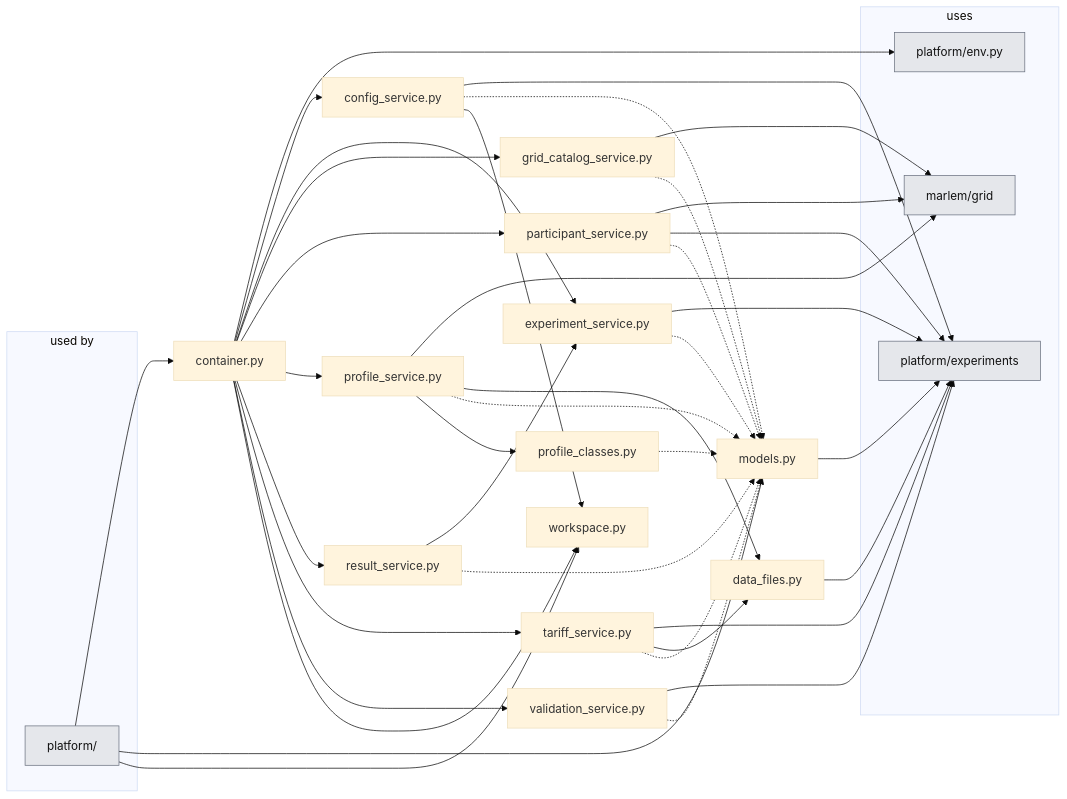
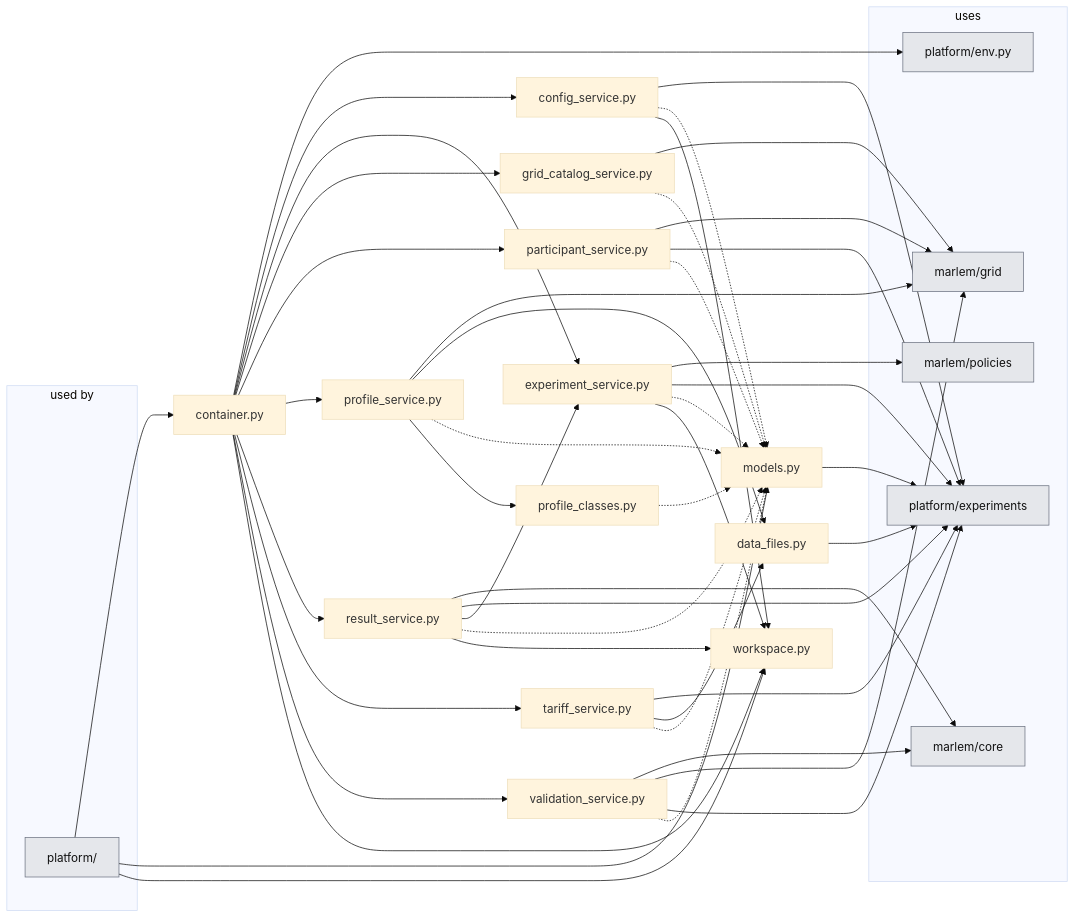
The second of 2 diagrams in docs_thesis/thesis/architecture/04-application-layer.md (KevinRapo/P2P-thesis), drawn with Mermaid (base theme) before and after one commit. The commit also changed 13 other files, not shown here.

Commit message:
feat(services): real experiment, result and validation services for simulation (M8)

````diff
--- a/docs_thesis/thesis/architecture/04-application-layer.md
+++ b/docs_thesis/thesis/architecture/04-application-layer.md
@@ -63,62 +63,71 @@
 ```mermaid
 flowchart LR
   subgraph USERS["used by"]
     n_platform__users_["platform/"]:::ext
   end
   n_platform_services_config_service["config_service.py"]
   n_platform_services_container["container.py"]
   n_platform_services_data_files["data_files.py"]
   n_platform_services_experiment_service["experiment_service.py"]
   n_platform_services_grid_catalog_service["grid_catalog_service.py"]
   n_platform_services_models["models.py"]
   n_platform_services_participant_service["participant_service.py"]
   n_platform_services_profile_classes["profile_classes.py"]
   n_platform_services_profile_service["profile_service.py"]
   n_platform_services_result_service["result_service.py"]
   n_platform_services_tariff_service["tariff_service.py"]
   n_platform_services_validation_service["validation_service.py"]
   n_platform_services_workspace["workspace.py"]
   subgraph USES["uses"]
+    n_marlem_core["marlem/core"]:::ext
     n_marlem_grid["marlem/grid"]:::ext
+    n_marlem_policies["marlem/policies"]:::ext
     n_platform_env["platform/env.py"]:::ext
     n_platform_experiments["platform/experiments"]:::ext
   end
   n_platform__users_ --> n_platform_services_container
   n_platform__users_ --> n_platform_services_models
   n_platform__users_ --> n_platform_services_workspace
   n_platform_services_config_service --> n_platform_experiments
   n_platform_services_config_service -.-> n_platform_services_models
   n_platform_services_config_service --> n_platform_services_workspace
   n_platform_services_container --> n_platform_env
   n_platform_services_container --> n_platform_services_config_service
   n_platform_services_container --> n_platform_services_experiment_service
   n_platform_services_container --> n_platform_services_grid_catalog_service
   n_platform_services_container --> n_platform_services_participant_service
   n_platform_services_container --> n_platform_services_profile_service
   n_platform_services_container --> n_platform_services_result_service
   n_platform_services_container --> n_platform_services_tariff_service
   n_platform_services_container --> n_platform_services_validation_service
   n_platform_services_container --> n_platform_services_workspace
   n_platform_services_data_files --> n_platform_experiments
+  n_platform_services_experiment_service --> n_marlem_policies
   n_platform_services_experiment_service --> n_platform_experiments
   n_platform_services_experiment_service -.-> n_platform_services_models
+  n_platform_services_experiment_service --> n_platform_services_workspace
   n_platform_services_grid_catalog_service --> n_marlem_grid
   n_platform_services_grid_catalog_service -.-> n_platform_services_models
   n_platform_services_models --> n_platform_experiments
   n_platform_services_participant_service --> n_marlem_grid
   n_platform_services_participant_service --> n_platform_experiments
   n_platform_services_participant_service -.-> n_platform_services_models
   n_platform_services_profile_classes -.-> n_platform_services_models
   n_platform_services_profile_service --> n_marlem_grid
   n_platform_services_profile_service --> n_platform_services_data_files
   n_platform_services_profile_service -.-> n_platform_services_models
   n_platform_services_profile_service --> n_platform_services_profile_classes
+  n_platform_services_result_service --> n_marlem_core
+  n_platform_services_result_service --> n_platform_experiments
   n_platform_services_result_service --> n_platform_services_experiment_service
   n_platform_services_result_service -.-> n_platform_services_models
+  n_platform_services_result_service --> n_platform_services_workspace
   n_platform_services_tariff_service --> n_platform_experiments
   n_platform_services_tariff_service --> n_platform_services_data_files
   n_platform_services_tariff_service -.-> n_platform_services_models
+  n_platform_services_validation_service --> n_marlem_core
+  n_platform_services_validation_service --> n_marlem_grid
   n_platform_services_validation_service --> n_platform_experiments
   n_platform_services_validation_service -.-> n_platform_services_models
   classDef ext fill:#e5e7eb,stroke:#6b7280,color:#111
 ```
````
